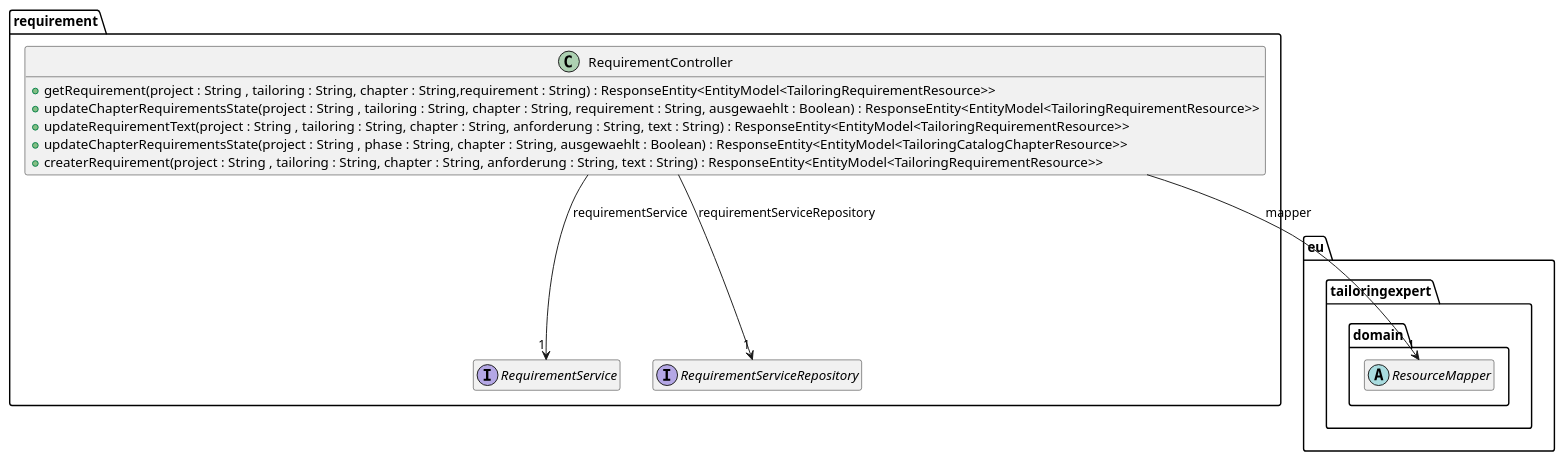
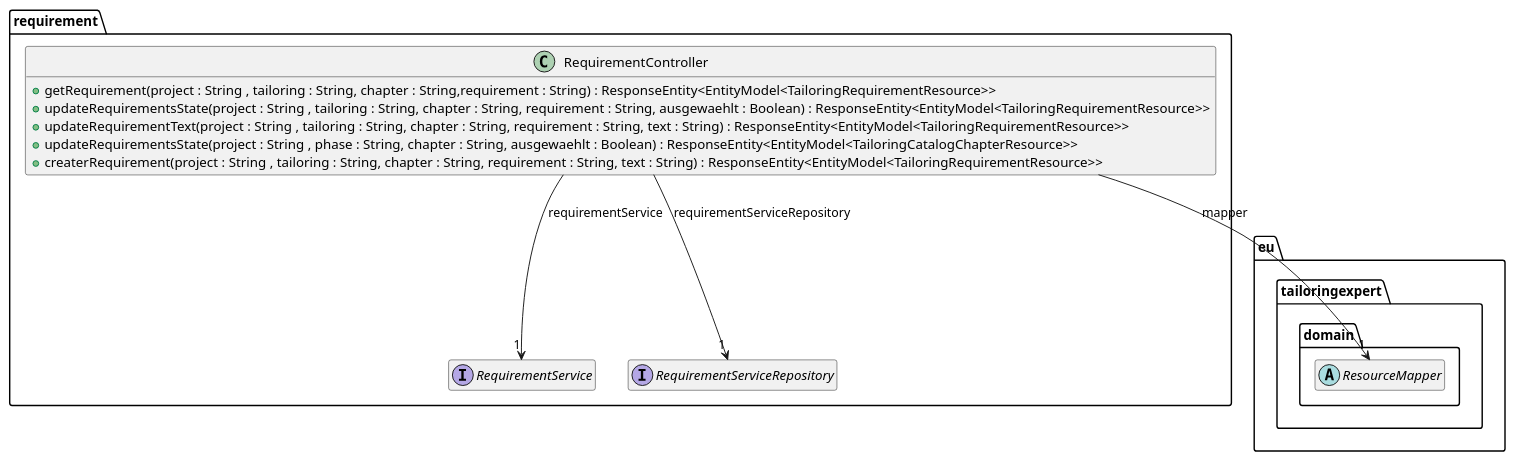
The diagram in src/site/arc42/plantuml/rest/requirement/Ebene3.plantuml (tailoringexpert/platform), drawn with PlantUML before and after one commit. The commit also changed 37 other files, not shown here.

```diff
--- a/src/site/arc42/plantuml/rest/requirement/Ebene3.plantuml
+++ b/src/site/arc42/plantuml/rest/requirement/Ebene3.plantuml
@@ -1,29 +1,29 @@
 @startuml Ebene3.png
 hide empty members
 
 package eu.tailoringexpert {
     package domain {
         abstract class ResourceMapper
     }
 }
 
 package requirement {
     interface RequirementService {
     }
 
     interface RequirementServiceRepository{
     }
 
     class RequirementController {
         +getRequirement(project : String , tailoring : String, chapter : String,requirement : String) : ResponseEntity<EntityModel<TailoringRequirementResource>>
-        +updateChapterRequirementsState(project : String , tailoring : String, chapter : String, requirement : String, ausgewaehlt : Boolean) : ResponseEntity<EntityModel<TailoringRequirementResource>>
-        +updateRequirementText(project : String , tailoring : String, chapter : String, anforderung : String, text : String) : ResponseEntity<EntityModel<TailoringRequirementResource>>
-        +updateChapterRequirementsState(project : String , phase : String, chapter : String, ausgewaehlt : Boolean) : ResponseEntity<EntityModel<TailoringCatalogChapterResource>>
-        +createrRequirement(project : String , tailoring : String, chapter : String, anforderung : String, text : String) : ResponseEntity<EntityModel<TailoringRequirementResource>>
+        +updateRequirementsState(project : String , tailoring : String, chapter : String, requirement : String, ausgewaehlt : Boolean) : ResponseEntity<EntityModel<TailoringRequirementResource>>
+        +updateRequirementText(project : String , tailoring : String, chapter : String, requirement : String, text : String) : ResponseEntity<EntityModel<TailoringRequirementResource>>
+        +updateRequirementsState(project : String , phase : String, chapter : String, ausgewaehlt : Boolean) : ResponseEntity<EntityModel<TailoringCatalogChapterResource>>
+        +createrRequirement(project : String , tailoring : String, chapter : String, requirement : String, text : String) : ResponseEntity<EntityModel<TailoringRequirementResource>>
     }
     RequirementController --> "1" ResourceMapper : mapper
     RequirementController --> "1" RequirementService : requirementService
     RequirementController --> "1" RequirementServiceRepository : requirementServiceRepository
 
 }
 @enduml
```
